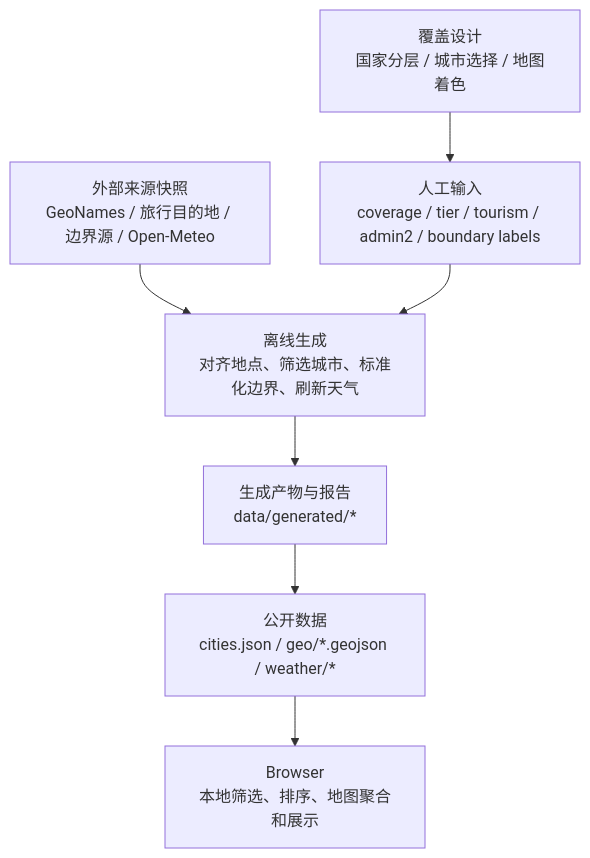
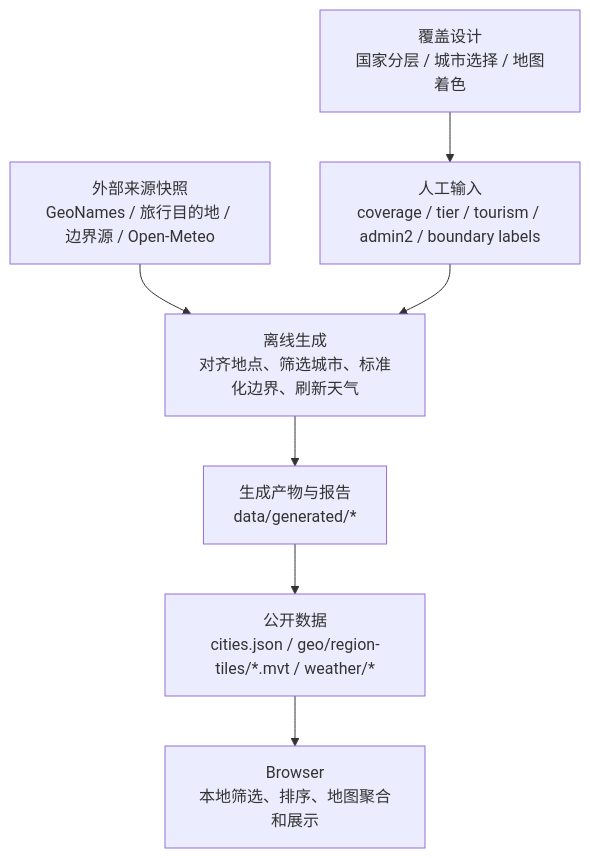
Before and after one commit to xiaomingio/weather-trip: the first of 6 diagrams in docs/specs/31-data-flow.md, drawn with Mermaid. The commit also changed other lines of this file and 739 other files, not shown here.

Commit message:
migrate geo to tiles; bugfix; ux; code optimize; docs

````diff
--- a/docs/specs/31-data-flow.md
+++ b/docs/specs/31-data-flow.md
@@ -107,17 +107,17 @@
 ```mermaid
 flowchart TD
   design["覆盖设计<br/>国家分层 / 城市选择 / 地图着色"]
   raw["外部来源快照<br/>GeoNames / 旅行目的地 / 边界源 / Open-Meteo"]
   input["人工输入<br/>coverage / tier / tourism / admin2 / boundary labels"]
   offline["离线生成<br/>对齐地点、筛选城市、标准化边界、刷新天气"]
   generated["生成产物与报告<br/>data/generated/*"]
-  publicData["公开数据<br/>cities.json / geo/*.geojson / weather/*"]
+  publicData["公开数据<br/>cities.json / geo/region-tiles/*.mvt / weather/*"]
   browser["Browser<br/>本地筛选、排序、地图聚合和展示"]
 
   design --> input
   raw --> offline
   input --> offline
   offline --> generated
   generated --> publicData
   publicData --> browser
 ```
````
